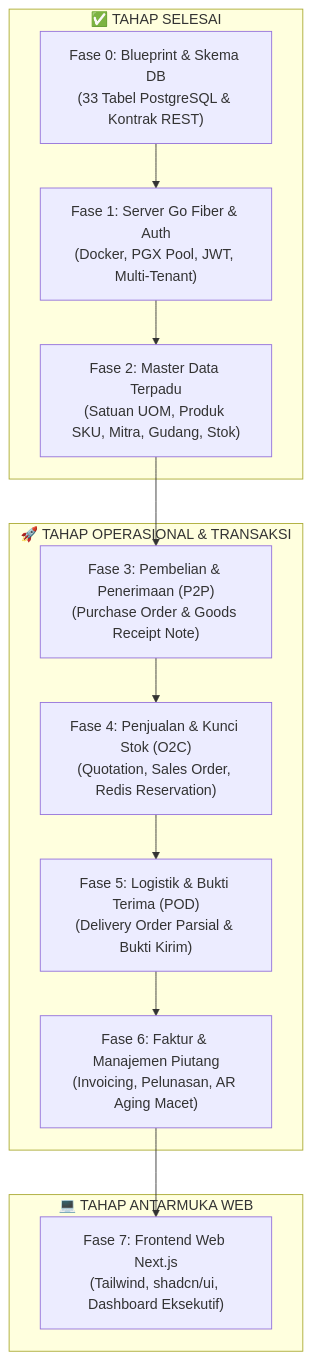
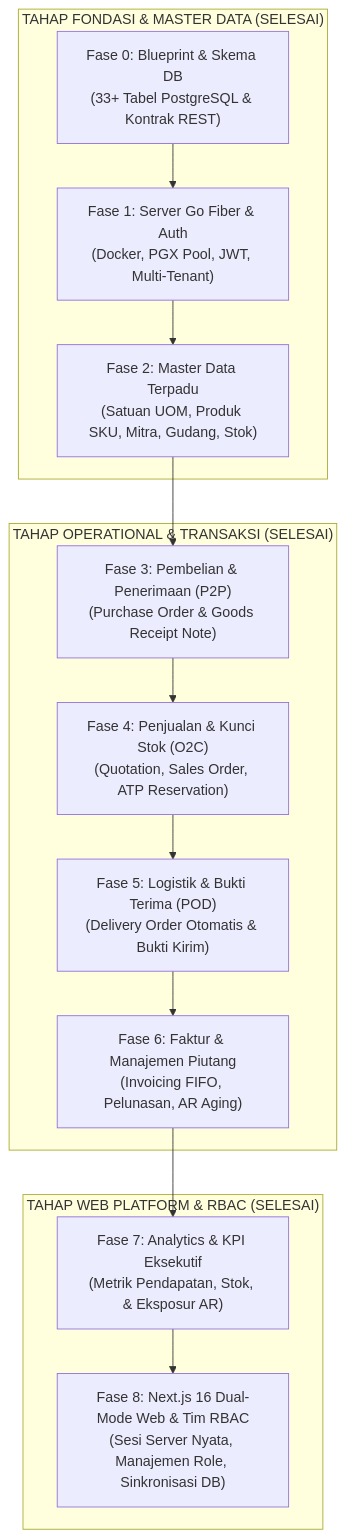
The first of 5 diagrams in docs/WORKFLOW_GUIDE.md (afrizadwi21/DistribuCore), drawn with Mermaid before and after one commit. The commit also changed other lines of this file, not shown here.

Commit message:
docs(workflow): update roadmap to Phase 8 completed and document tenant RBAC matrix

````diff
--- a/docs/WORKFLOW_GUIDE.md
+++ b/docs/WORKFLOW_GUIDE.md
@@ -20,22 +21,23 @@
 ```mermaid
 flowchart TD
-    subgraph Selesai ["✅ TAHAP SELESAI"]
-        F0["Fase 0: Blueprint & Skema DB<br/>(33 Tabel PostgreSQL & Kontrak REST)"]
+    subgraph Fondasi ["TAHAP FONDASI & MASTER DATA (SELESAI)"]
+        F0["Fase 0: Blueprint & Skema DB<br/>(33+ Tabel PostgreSQL & Kontrak REST)"]
         F1["Fase 1: Server Go Fiber & Auth<br/>(Docker, PGX Pool, JWT, Multi-Tenant)"]
         F2["Fase 2: Master Data Terpadu<br/>(Satuan UOM, Produk SKU, Mitra, Gudang, Stok)"]
         F0 --> F1 --> F2
     end
 
-    subgraph Berjalan ["🚀 TAHAP OPERASIONAL & TRANSAKSI"]
+    subgraph Operasional ["TAHAP OPERATIONAL & TRANSAKSI (SELESAI)"]
         F3["Fase 3: Pembelian & Penerimaan (P2P)<br/>(Purchase Order & Goods Receipt Note)"]
-        F4["Fase 4: Penjualan & Kunci Stok (O2C)<br/>(Quotation, Sales Order, Redis Reservation)"]
-        F5["Fase 5: Logistik & Bukti Terima (POD)<br/>(Delivery Order Parsial & Bukti Kirim)"]
-        F6["Fase 6: Faktur & Manajemen Piutang<br/>(Invoicing, Pelunasan, AR Aging Macet)"]
+        F4["Fase 4: Penjualan & Kunci Stok (O2C)<br/>(Quotation, Sales Order, ATP Reservation)"]
+        F5["Fase 5: Logistik & Bukti Terima (POD)<br/>(Delivery Order Otomatis & Bukti Kirim)"]
+        F6["Fase 6: Faktur & Manajemen Piutang<br/>(Invoicing FIFO, Pelunasan, AR Aging)"]
         F2 --> F3 --> F4 --> F5 --> F6
     end
 
-    subgraph Visual ["💻 TAHAP ANTARMUKA WEB"]
-        F7["Fase 7: Frontend Web Next.js<br/>(Tailwind, shadcn/ui, Dashboard Eksekutif)"]
-        F6 --> F7
+    subgraph Platform ["TAHAP WEB PLATFORM & RBAC (SELESAI)"]
+        F7["Fase 7: Analytics & KPI Eksekutif<br/>(Metrik Pendapatan, Stok, & Eksposur AR)"]
+        F8["Fase 8: Next.js 16 Dual-Mode Web & Tim RBAC<br/>(Sesi Server Nyata, Manajemen Role, Sinkronisasi DB)"]
+        F6 --> F7 --> F8
     end
 ```
````
